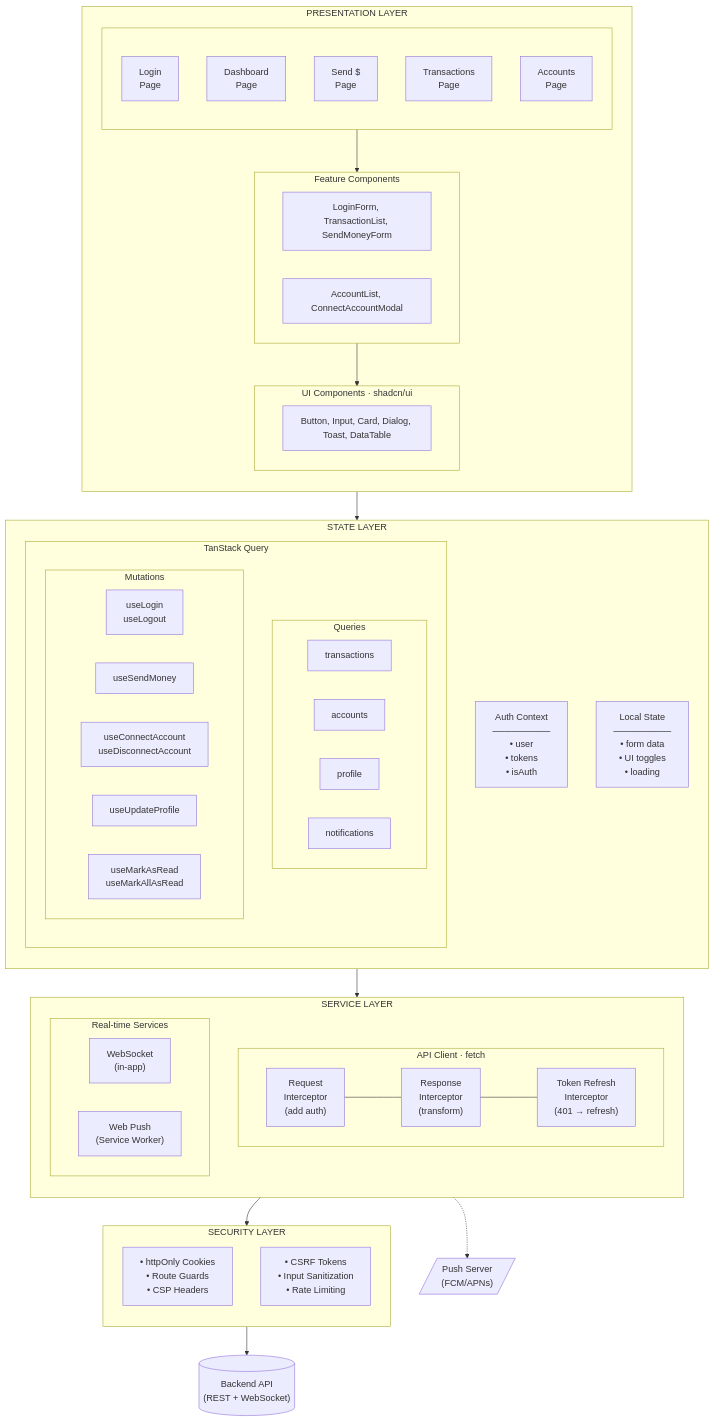
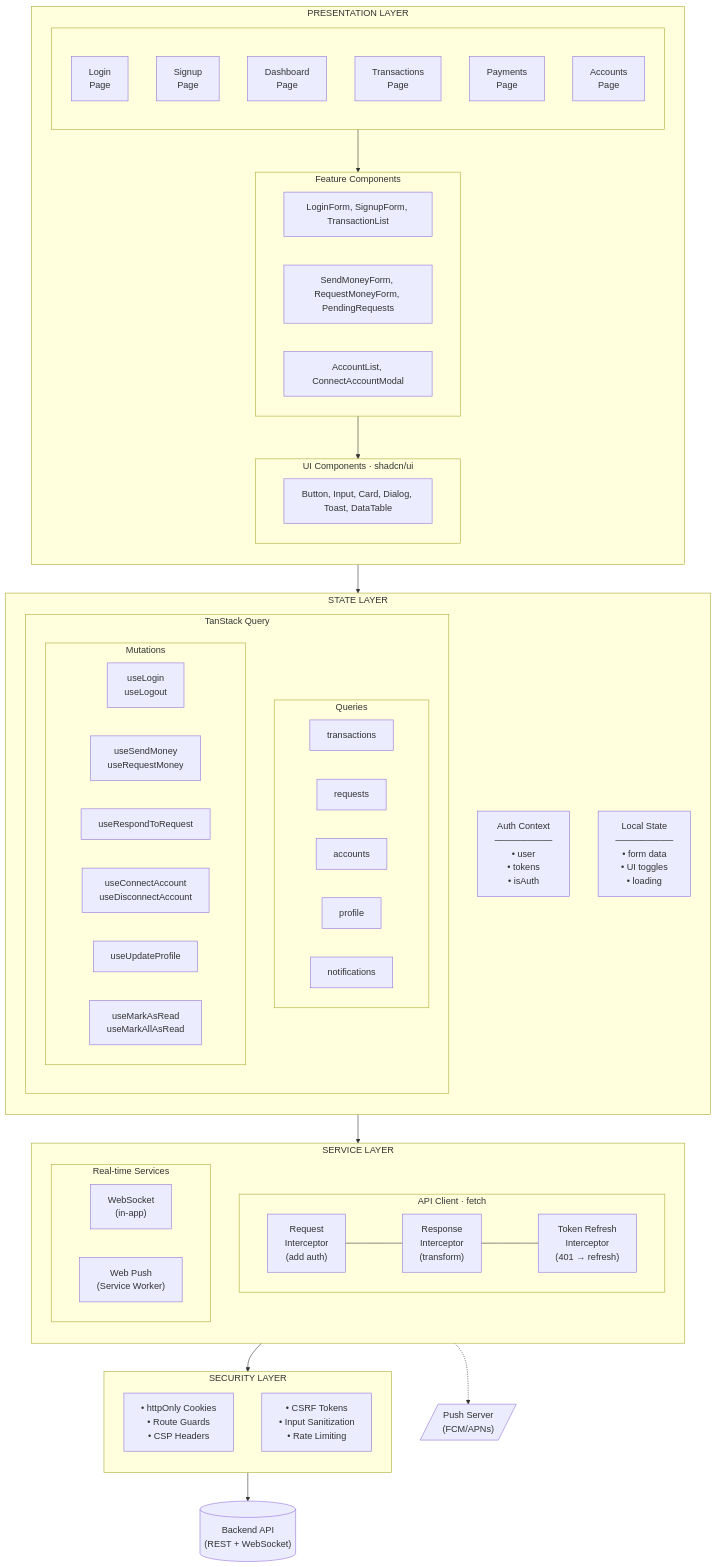
The first of 4 diagrams in docs/architecture-fe.md (rjtedoco/pay-quick), drawn with Mermaid before and after one commit. The commit also changed other lines of this file, not shown here.

Commit message:
chore: add request money to architecture

```diff
--- a/docs/architecture-fe.md
+++ b/docs/architecture-fe.md
@@ -51,17 +51,19 @@
         subgraph Pages[" "]
             direction TB
             P1["Login<br/>Page"]
-            P2["Dashboard<br/>Page"]
-            P3["Send $<br/>Page"]
+            P2["Signup<br/>Page"]
+            P3["Dashboard<br/>Page"]
             P4["Transactions<br/>Page"]
-            P5["Accounts<br/>Page"]
+            P5["Payments<br/>Page"]
+            P6["Accounts<br/>Page"]
         end
 
         Pages --> Features
 
         subgraph Features["Feature Components"]
-            F1["LoginForm, TransactionList, SendMoneyForm"]
-            F2["AccountList, ConnectAccountModal"]
+            F1["LoginForm, SignupForm, TransactionList"]
+            F2["SendMoneyForm, RequestMoneyForm, PendingRequests"]
+            F3["AccountList, ConnectAccountModal"]
         end
 
         Features --> UIKit
@@ -82,17 +84,19 @@
             subgraph TSQueries["Queries"]
                 direction LR
                 TQ1["transactions"]
-                TQ2["accounts"]
-                TQ3["profile"]
-                TQ4["notifications"]
+                TQ2["requests"]
+                TQ3["accounts"]
+                TQ4["profile"]
+                TQ5["notifications"]
             end
             subgraph TSMutations["Mutations"]
                 direction LR
                 TM1["useLogin<br/>useLogout"]
-                TM2["useSendMoney"]
-                TM3["useConnectAccount<br/>useDisconnectAccount"]
-                TM4["useUpdateProfile"]
-                TM5["useMarkAsRead<br/>useMarkAllAsRead"]
+                TM2["useSendMoney<br/>useRequestMoney"]
+                TM3["useRespondToRequest"]
+                TM4["useConnectAccount<br/>useDisconnectAccount"]
+                TM5["useUpdateProfile"]
+                TM6["useMarkAsRead<br/>useMarkAllAsRead"]
             end
         end
 
```
